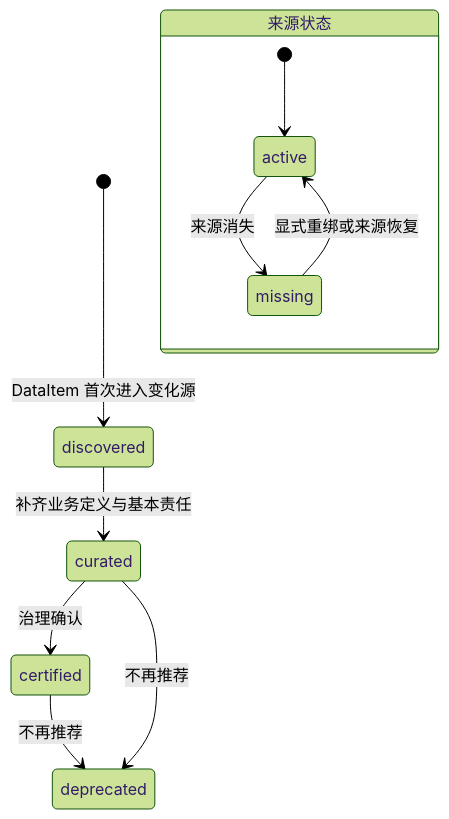
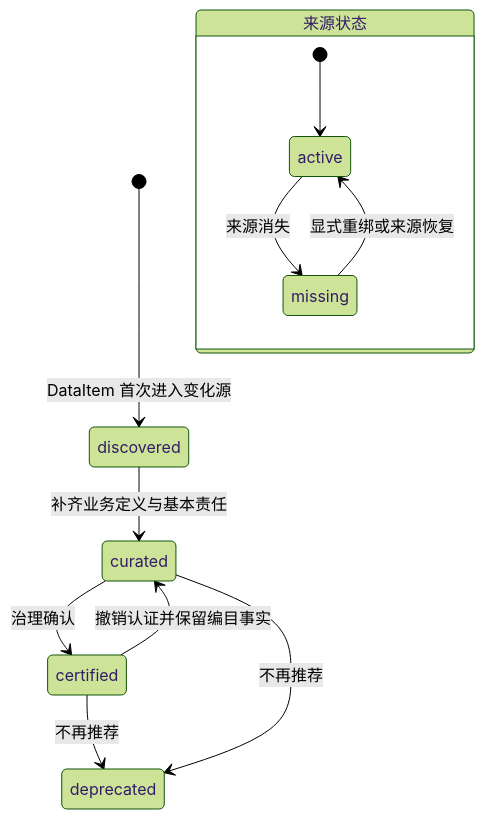
One commit to pampa0629/addp changed the third of 4 diagrams in docs/concepts/addp企业资源目录体系图.md. Above: the diagram before and after it, drawn with Mermaid (forest theme). The commit also changed other lines of this file and 718 other files, not shown here.

````diff
--- a/docs/concepts/addp企业资源目录体系图.md
+++ b/docs/concepts/addp企业资源目录体系图.md
@@ -107,14 +112,15 @@
 ```mermaid
 stateDiagram-v2
     [*] --> discovered: DataItem 首次进入变化源
     discovered --> curated: 补齐业务定义与基本责任
     curated --> certified: 治理确认
+    certified --> curated: 撤销认证并保留编目事实
     certified --> deprecated: 不再推荐
     curated --> deprecated: 不再推荐
 
     state 来源状态 {
       [*] --> active
       active --> missing: 来源消失
       missing --> active: 显式重绑或来源恢复
     }
 ```
````
